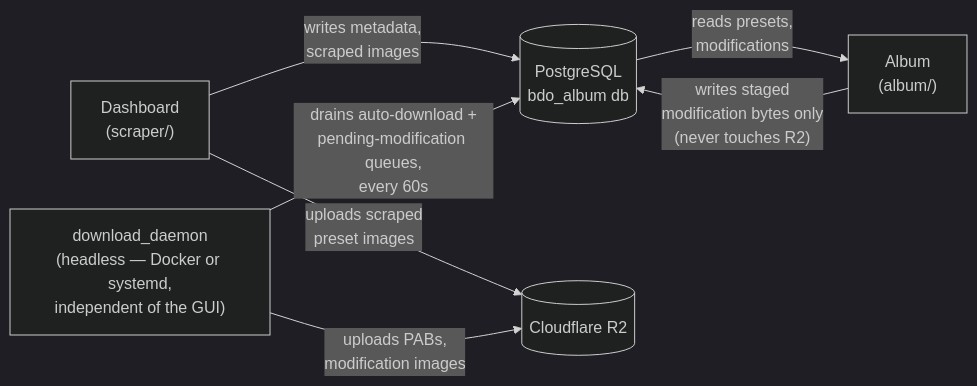
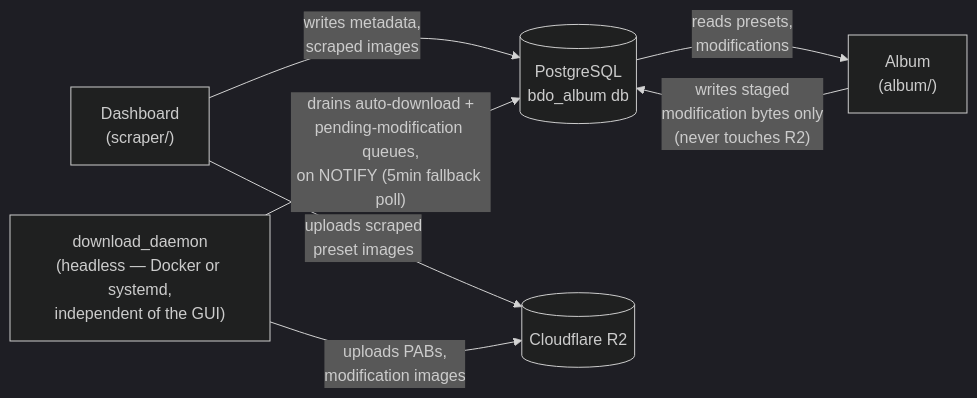
The diagram in README.md (TitoSaavedra/bdo_album), drawn with Mermaid (dark theme) before and after one commit. The commit also changed other lines of this file and 8 other files, not shown here.

First line of the commit message:
feat(scraper,album): wake auto-download and modification queues on NOTIFY

````diff
--- a/README.md
+++ b/README.md
@@ -12,15 +12,15 @@
 ```mermaid
 flowchart LR
     Dashboard["Dashboard<br/>(scraper/)"]
     Daemon["download_daemon<br/>(headless — Docker or systemd,<br/>independent of the GUI)"]
     PG[("PostgreSQL<br/>bdo_album db")]
     R2[("Cloudflare R2")]
     Album["Album<br/>(album/)"]
 
     Dashboard -->|"writes metadata,<br/>scraped images"| PG
     Dashboard -->|"uploads scraped<br/>preset images"| R2
-    Daemon -->|"drains auto-download +<br/>pending-modification queues,<br/>every 60s"| PG
+    Daemon -->|"drains auto-download +<br/>pending-modification queues,<br/>on NOTIFY (5min fallback poll)"| PG
     Daemon -->|"uploads PABs,<br/>modification images"| R2
     PG -->|"reads presets,<br/>modifications"| Album
     Album -->|"writes staged<br/>modification bytes only<br/>(never touches R2)"| PG
 ```
````
